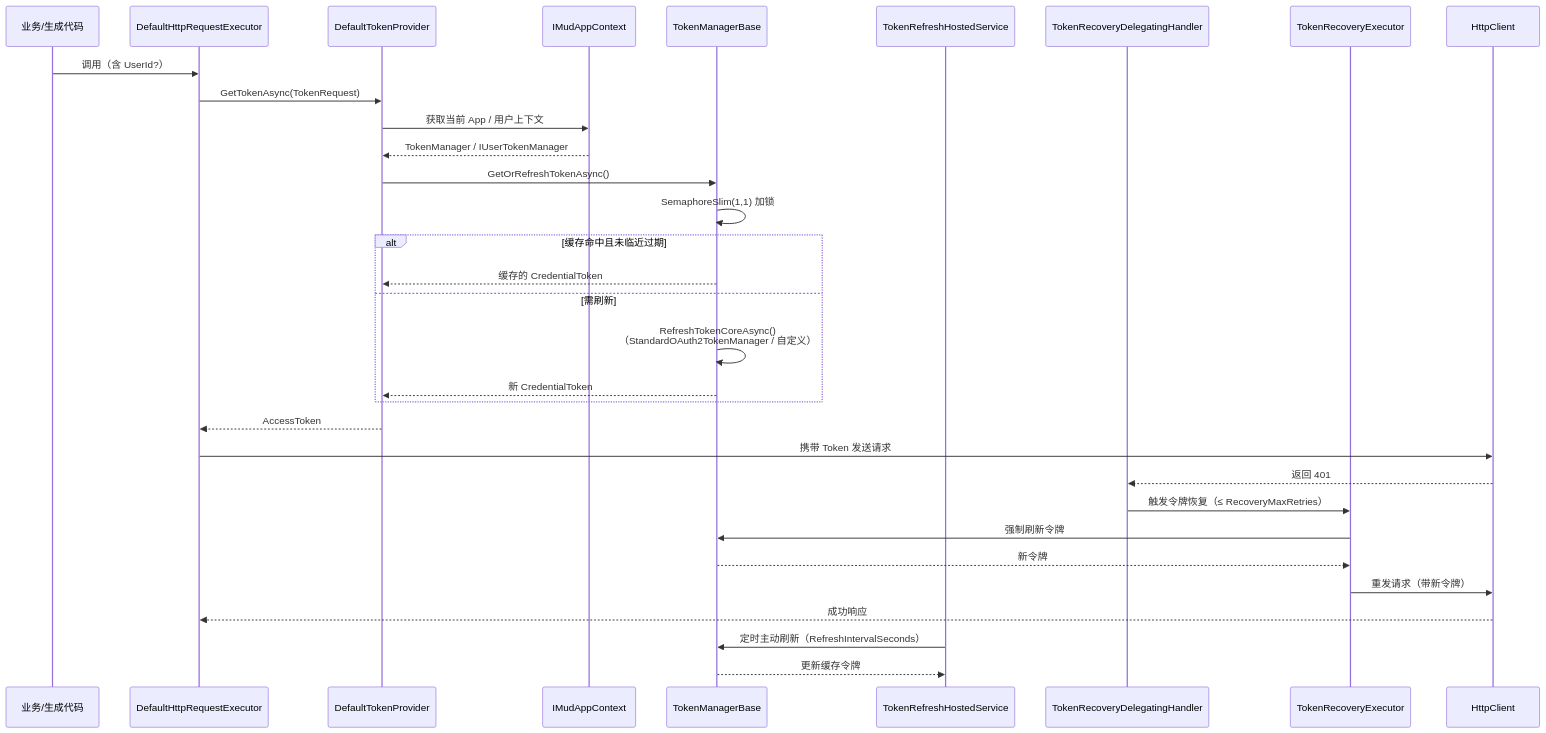
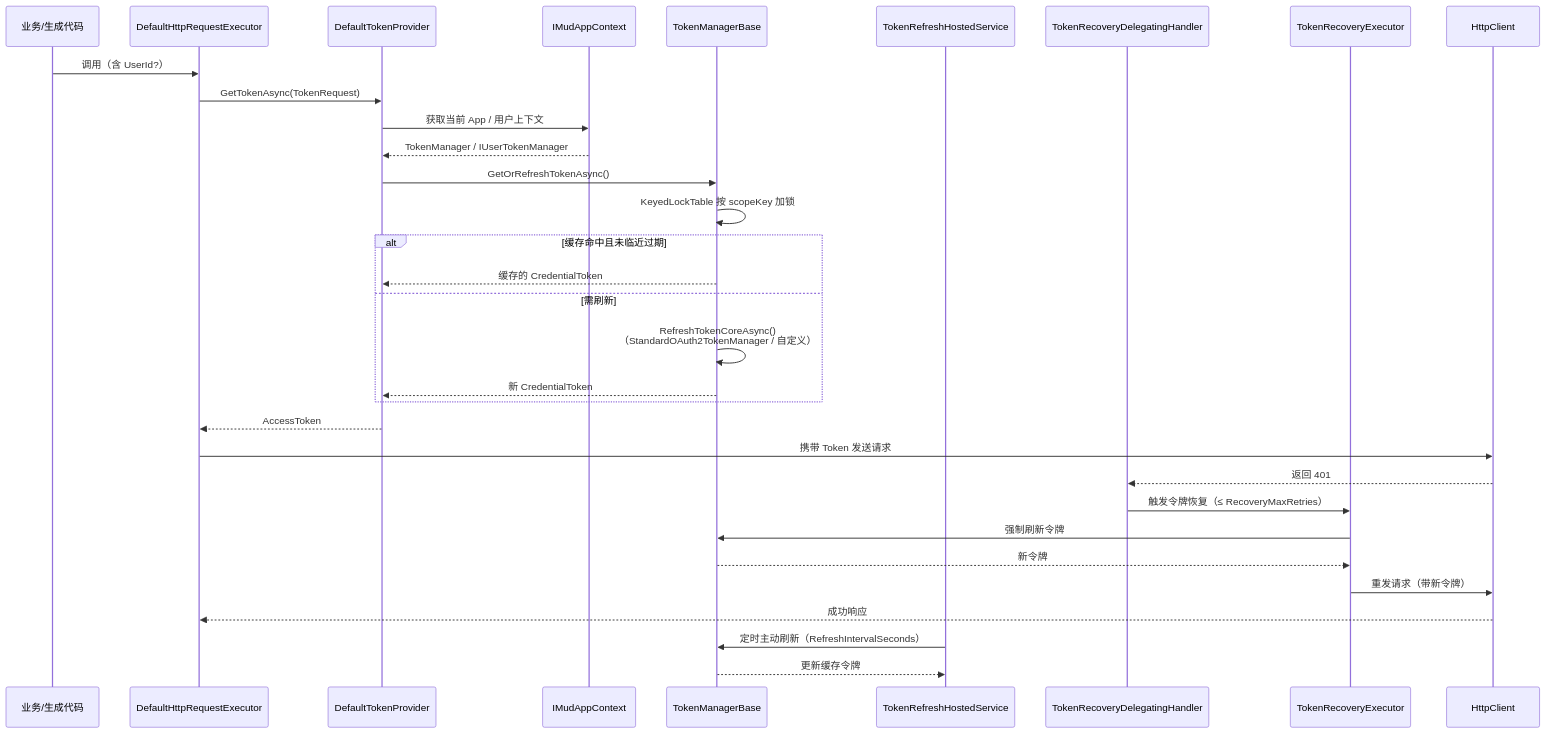
The second of 2 diagrams in Mud.HttpUtils.Client/README.md (mudtools/MudHttpUtils), drawn with Mermaid before and after one commit. The commit also changed other lines of this file and 13 other files, not shown here.

````diff
--- a/Mud.HttpUtils.Client/README.md
+++ b/Mud.HttpUtils.Client/README.md
@@ -883,37 +942,37 @@
 ```mermaid
 sequenceDiagram
     participant B as 业务/生成代码
     participant EX as DefaultHttpRequestExecutor
     participant TP as DefaultTokenProvider
     participant CTX as IMudAppContext
     participant TM as TokenManagerBase
     participant OS as TokenRefreshHostedService
     participant RH as TokenRecoveryDelegatingHandler
     participant RE as TokenRecoveryExecutor
     participant NET as HttpClient
 
     B->>EX: 调用（含 UserId?）
     EX->>TP: GetTokenAsync(TokenRequest)
     TP->>CTX: 获取当前 App / 用户上下文
     CTX-->>TP: TokenManager / IUserTokenManager
     TP->>TM: GetOrRefreshTokenAsync()
-    TM->>TM: SemaphoreSlim(1,1) 加锁
+    TM->>TM: KeyedLockTable 按 scopeKey 加锁
     alt 缓存命中且未临近过期
         TM-->>TP: 缓存的 CredentialToken
     else 需刷新
         TM->>TM: RefreshTokenCoreAsync()<br/>（StandardOAuth2TokenManager / 自定义）
         TM-->>TP: 新 CredentialToken
     end
     TP-->>EX: AccessToken
     EX->>NET: 携带 Token 发送请求
 
     NET-->>RH: 返回 401
     RH->>RE: 触发令牌恢复（≤ RecoveryMaxRetries）
     RE->>TM: 强制刷新令牌
     TM-->>RE: 新令牌
     RE->>NET: 重发请求（带新令牌）
     NET-->>EX: 成功响应
 
     OS->>TM: 定时主动刷新（RefreshIntervalSeconds）
     TM-->>OS: 更新缓存令牌
 ```
````
